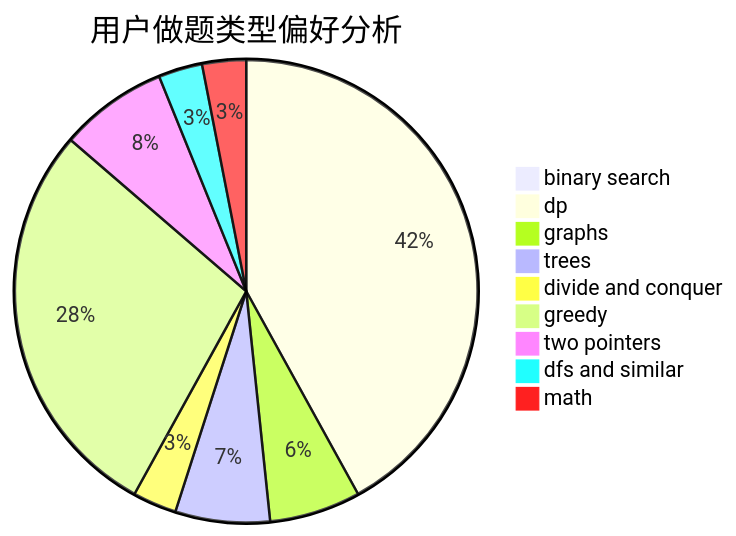
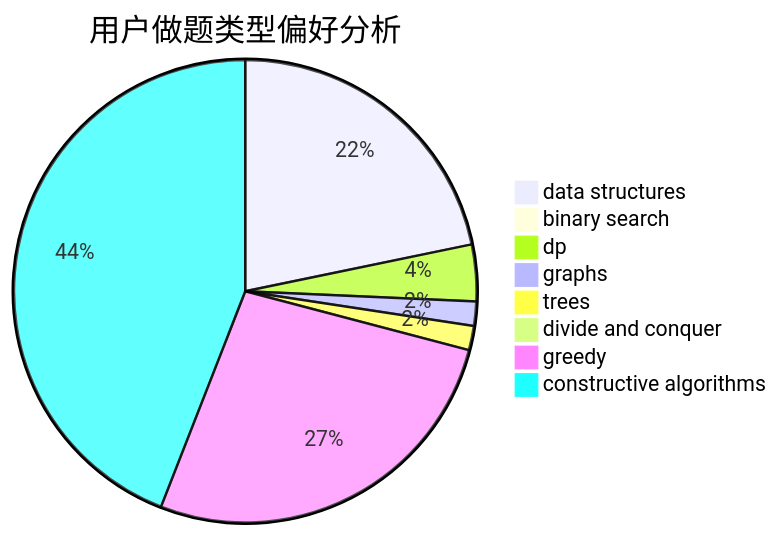
One commit to sherpahu/cfrs.github.io changed the second of 3 diagrams in docs/user/u1314.md. Above: the diagram before and after it, drawn with Mermaid. The commit also changed other lines of this file and 2775 other files, not shown here.

````diff
--- a/docs/user/u1314.md
+++ b/docs/user/u1314.md
@@ -23,12 +23,11 @@
 ```mermaid
 pie title 用户做题类型偏好分析
-    "binary search" :  2
-    "dp" :  178
-    "graphs" :  27
-    "trees" :  28
-    "divide and conquer" :  13
-    "greedy" :  120
-    "two pointers" :  32
-    "dfs and similar" :  13
-    "math" :  13
+    "data structures" :  77
+    "binary search" :  1
+    "dp" :  14
+    "graphs" :  6
+    "trees" :  6
+    "divide and conquer" :  3
+    "greedy" :  95
+    "constructive algorithms" :  156
 ```
````
